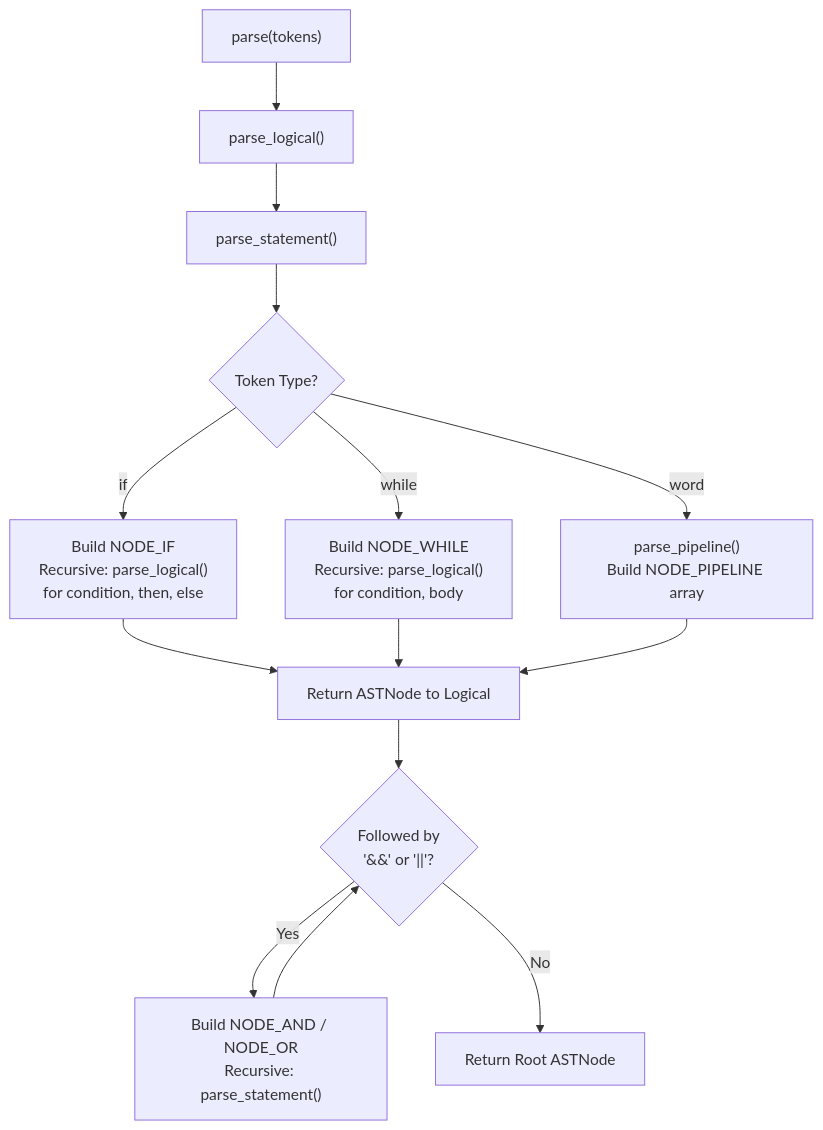
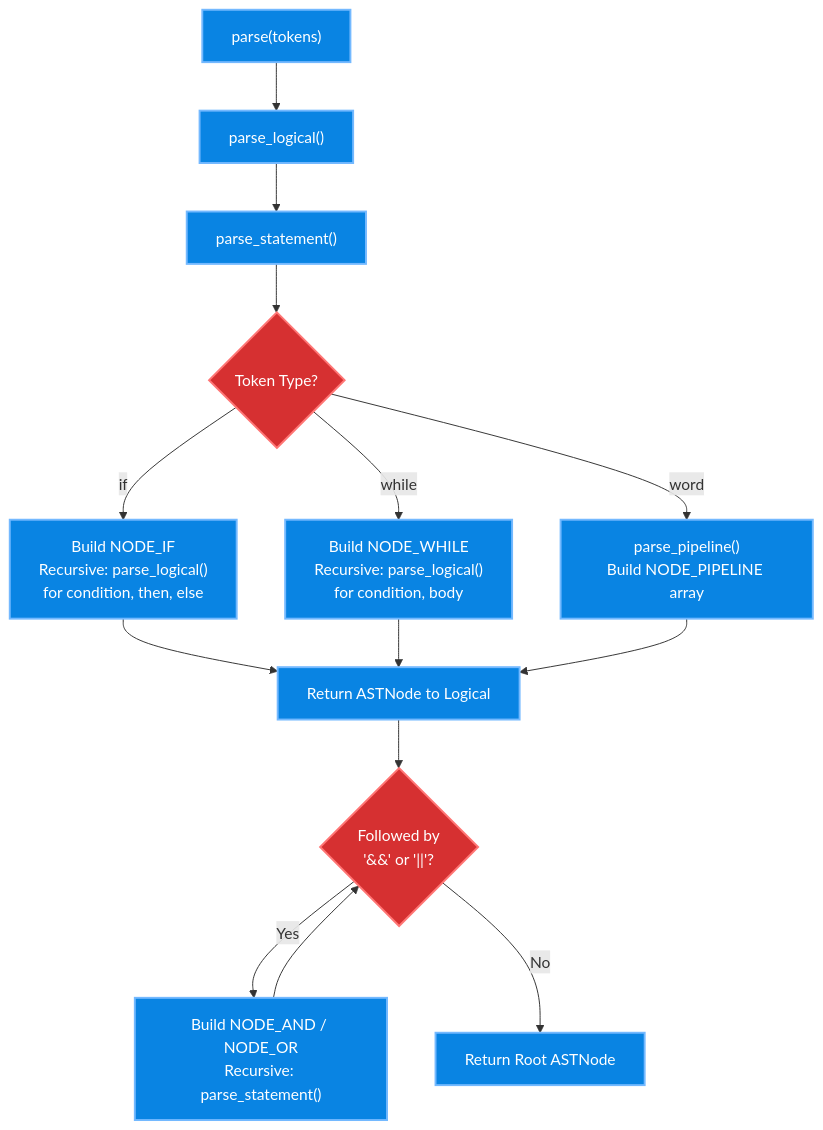
Before and after one commit to Rohitbansaldeveloper/Linux-POSIX-Shell-Implementation-Using-System-Calls-in-C: the seventh of 9 diagrams in README.md, drawn with Mermaid. The commit also changed other lines of this file, not shown here.

Commit message:
docs: improve flow diagrams with colors and formatting

````diff
--- a/README.md
+++ b/README.md
@@ -190,19 +187,22 @@
-  ```mermaid
-  flowchart TD
-      Start["parse(tokens)"] --> Logical["parse_logical()"]
-      Logical --> Statement["parse_statement()"]
-      Statement --> CheckType{"Token Type?"}
-      
-      CheckType -->|if| ParseIf["Build NODE_IF<br>Recursive: parse_logical()<br>for condition, then, else"]
-      CheckType -->|while| ParseWhile["Build NODE_WHILE<br>Recursive: parse_logical()<br>for condition, body"]
-      CheckType -->|word| Pipeline["parse_pipeline()<br>Build NODE_PIPELINE array"]
-      
-      ParseIf --> ReturnStmt
-      ParseWhile --> ReturnStmt
-      Pipeline --> ReturnStmt["Return ASTNode to Logical"]
-      
-      ReturnStmt --> CheckOp{"Followed by<br>'&&' or '||'?"}
-      CheckOp -->|Yes| BuildBinary["Build NODE_AND / NODE_OR<br>Recursive: parse_statement()"]
-      BuildBinary --> CheckOp
-      CheckOp -->|No| ReturnRoot["Return Root ASTNode"]
-  ```
+```mermaid
+flowchart TD
+    classDef parse fill:#0984e3,stroke:#74b9ff,stroke-width:2px,color:#fff;
+    classDef dec fill:#d63031,stroke:#ff7675,stroke-width:2px,color:#fff;
+
+    Start["parse(tokens)"]:::parse --> Logical["parse_logical()"]:::parse
+    Logical --> Statement["parse_statement()"]:::parse
+    Statement --> CheckType{"Token Type?"}:::dec
+    
+    CheckType -->|"if"| ParseIf["Build NODE_IF<br/>Recursive: parse_logical()<br/>for condition, then, else"]:::parse
+    CheckType -->|"while"| ParseWhile["Build NODE_WHILE<br/>Recursive: parse_logical()<br/>for condition, body"]:::parse
+    CheckType -->|"word"| Pipeline["parse_pipeline()<br/>Build NODE_PIPELINE array"]:::parse
+    
+    ParseIf --> ReturnStmt["Return ASTNode to Logical"]:::parse
+    ParseWhile --> ReturnStmt
+    Pipeline --> ReturnStmt
+    
+    ReturnStmt --> CheckOp{"Followed by<br/>'&&' or '||'?"}:::dec
+    CheckOp -->|"Yes"| BuildBinary["Build NODE_AND / NODE_OR<br/>Recursive: parse_statement()"]:::parse
+    BuildBinary --> CheckOp
+    CheckOp -->|"No"| ReturnRoot["Return Root ASTNode"]:::parse
+```
````
